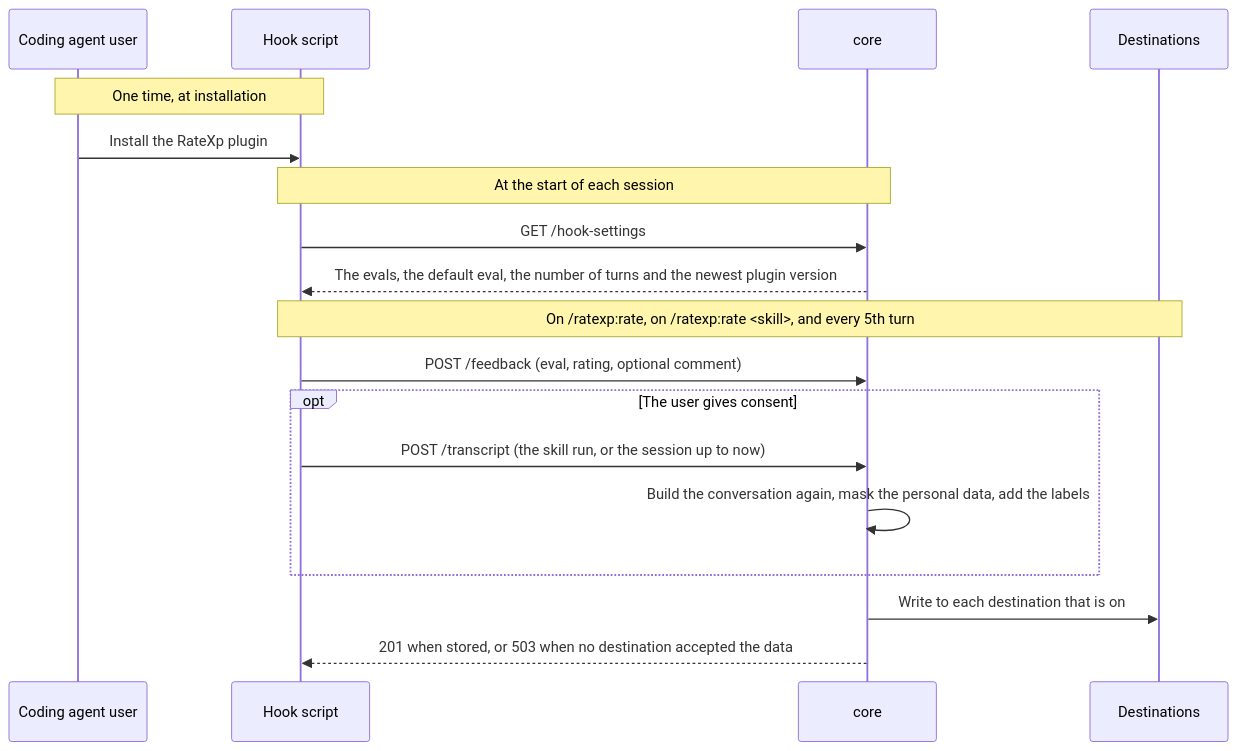
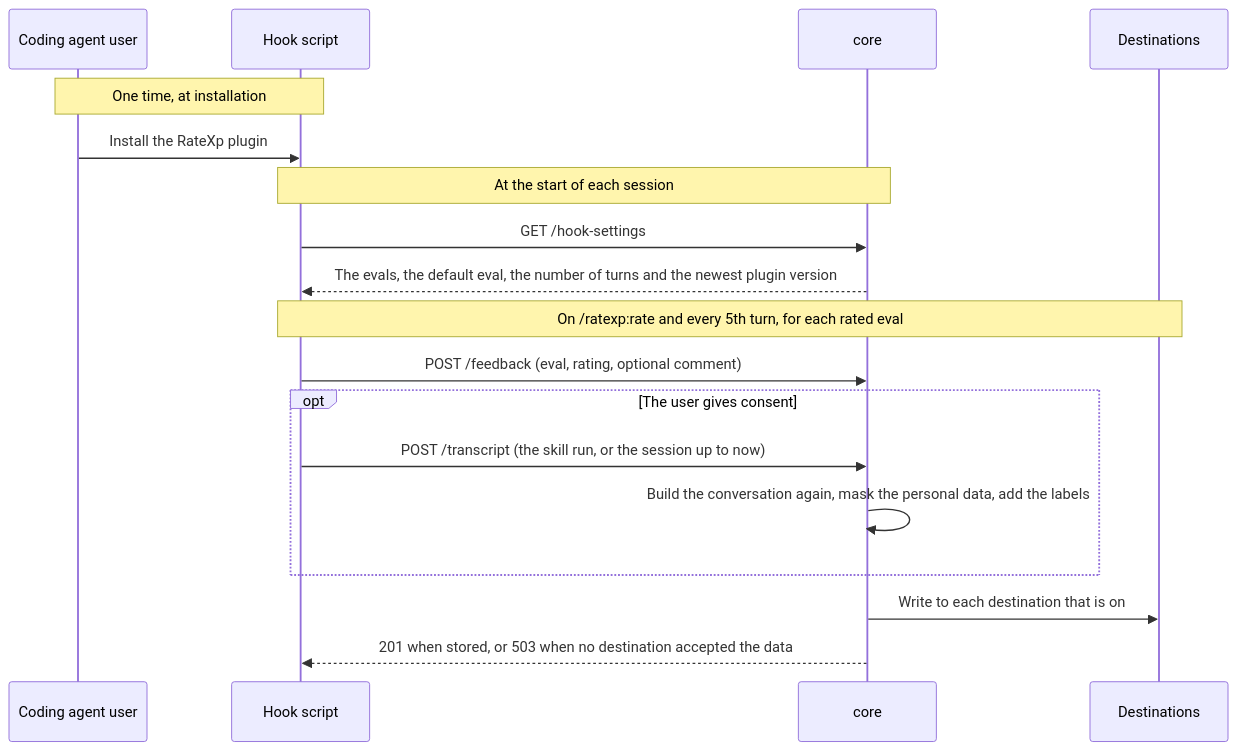
Before and after one commit to HikmetB1/RateXp: the diagram in README.md, drawn with Mermaid. The commit also changed other lines of this file and 26 other files, not shown here.

````diff
--- a/README.md
+++ b/README.md
@@ -221,23 +225,23 @@
 ```mermaid
 sequenceDiagram
     participant A as Coding agent user
     participant H as Hook script
     participant C as core
     participant D as Destinations
 
     Note over A,H: One time, at installation
     A->>H: Install the RateXp plugin
 
     Note over H,C: At the start of each session
     H->>C: GET /hook-settings
     C-->>H: The evals, the default eval, the number of turns and the newest plugin version
 
-    Note over H,D: On /ratexp:rate, on /ratexp:rate <skill>, and every 5th turn
+    Note over H,D: On /ratexp:rate and every 5th turn, for each rated eval
     H->>C: POST /feedback (eval, rating, optional comment)
     opt The user gives consent
         H->>C: POST /transcript (the skill run, or the session up to now)
         C->>C: Build the conversation again, mask the personal data, add the labels
     end
     C->>D: Write to each destination that is on
     C-->>H: 201 when stored, or 503 when no destination accepted the data
 ```
````
